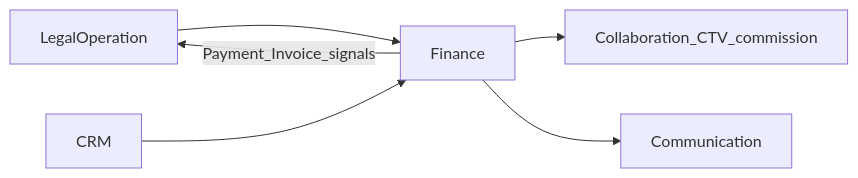
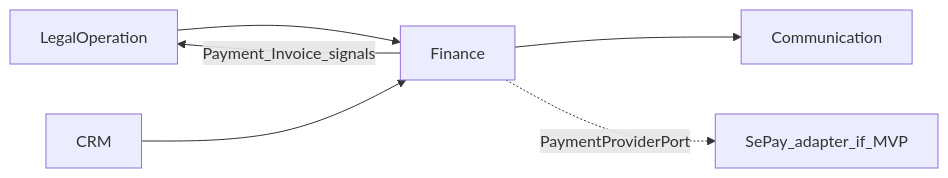
One commit to PNCTriet/DYN_CRM_BACKEND changed the fifth of 7 diagrams in docs/02-domain/Finance.md. Above: the diagram before and after it, drawn with Mermaid. The commit also changed other lines of this file and 46 other files, not shown here.

````diff
--- a/docs/02-domain/Finance.md
+++ b/docs/02-domain/Finance.md
@@ -138,8 +191,8 @@
 ```mermaid
 flowchart LR
   LEG[LegalOperation] --> FIN[Finance]
   FIN -->|Payment_Invoice_signals| LEG
-  FIN --> COL[Collaboration_CTV_commission]
   FIN --> COM[Communication]
   CRM[CRM] --> FIN
+  FIN -.->|PaymentProviderPort| SePay[SePay_adapter_if_MVP]
 ```
````
